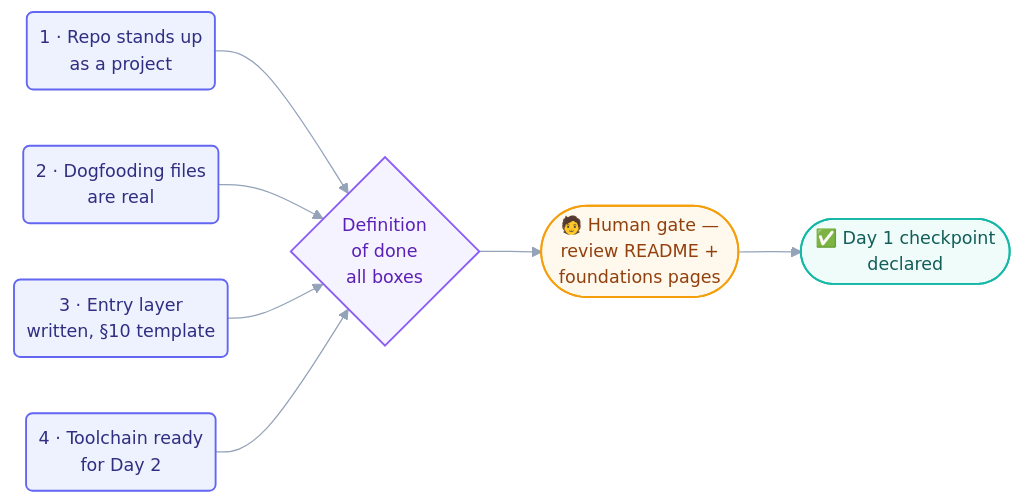
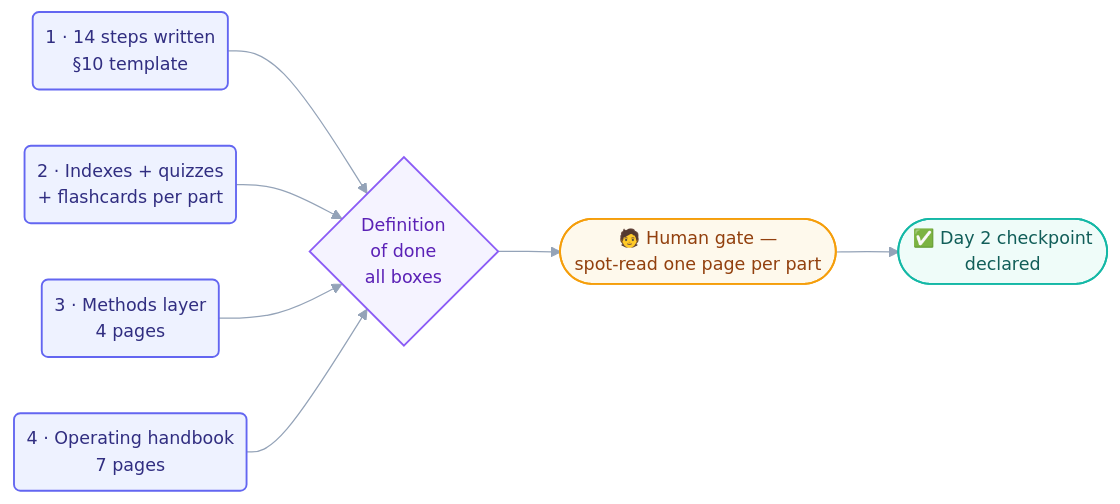
The diagram in shared/goal.md (ayeshakhalid192007-dev/LoopEngineering-CrashCourse), drawn with Mermaid before and after one commit. The commit also changed other lines of this file and 10 other files, not shown here.

First line of the commit message:
Stand up the Day 2 loop fleet: step-writer, template-checker, quiz-writer

````diff
--- a/shared/goal.md
+++ b/shared/goal.md
@@ -29,14 +28,14 @@
 ```mermaid
 %%{init: {'theme':'base','themeVariables':{'fontFamily':'ui-sans-serif, system-ui, sans-serif','fontSize':'14px','lineColor':'#94a3b8'},'flowchart':{'curve':'basis','nodeSpacing':45,'rankSpacing':50,'padding':10}}}%%
 flowchart LR
-    O1("1 · Repo stands up<br/>as a project"):::outcome --> DOD{"Definition<br/>of done<br/>all boxes"}:::dod
-    O2("2 · Dogfooding files<br/>are real"):::outcome --> DOD
-    O3("3 · Entry layer<br/>written, §10 template"):::outcome --> DOD
-    O4("4 · Toolchain ready<br/>for Day 2"):::outcome --> DOD
-    DOD --> GATE(["🧑 Human gate —<br/>review README +<br/>foundations pages"]):::human
-    GATE --> CP(["✅ Day 1 checkpoint<br/>declared"]):::win
+    O1("1 · 14 steps written<br/>§10 template"):::outcome --> DOD{"Definition<br/>of done<br/>all boxes"}:::dod
+    O2("2 · Indexes + quizzes<br/>+ flashcards per part"):::outcome --> DOD
+    O3("3 · Methods layer<br/>4 pages"):::outcome --> DOD
+    O4("4 · Operating handbook<br/>7 pages"):::outcome --> DOD
+    DOD --> GATE(["🧑 Human gate —<br/>spot-read one page per part"]):::human
+    GATE --> CP(["✅ Day 2 checkpoint<br/>declared"]):::win
     classDef outcome fill:#eef2ff,stroke:#6366f1,stroke-width:1.5px,color:#312e81;
     classDef dod fill:#f5f3ff,stroke:#8b5cf6,stroke-width:1.5px,color:#5b21b6;
     classDef human fill:#fef9ec,stroke:#f59e0b,stroke-width:1.5px,color:#92400e;
     classDef win fill:#effcf9,stroke:#14b8a6,stroke-width:1.5px,color:#115e59;
 ```
````
